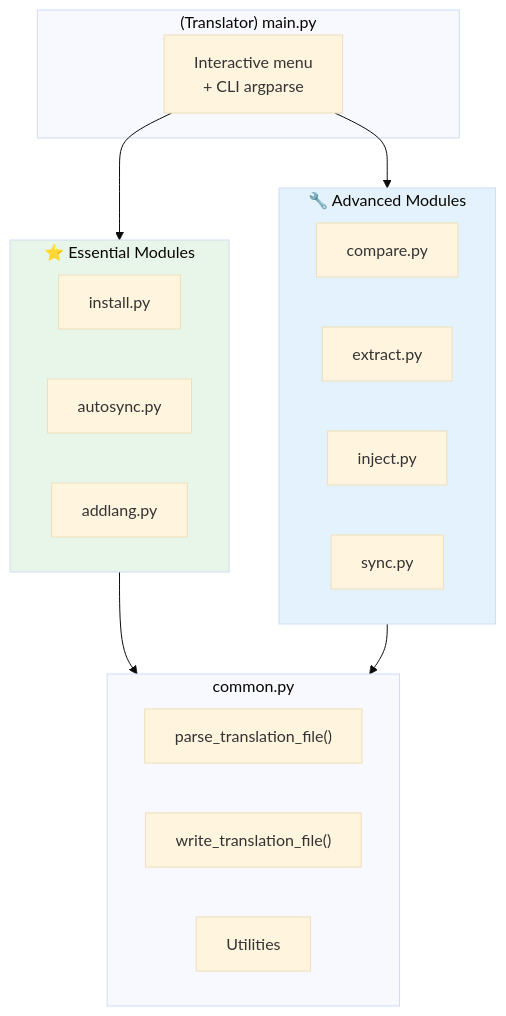
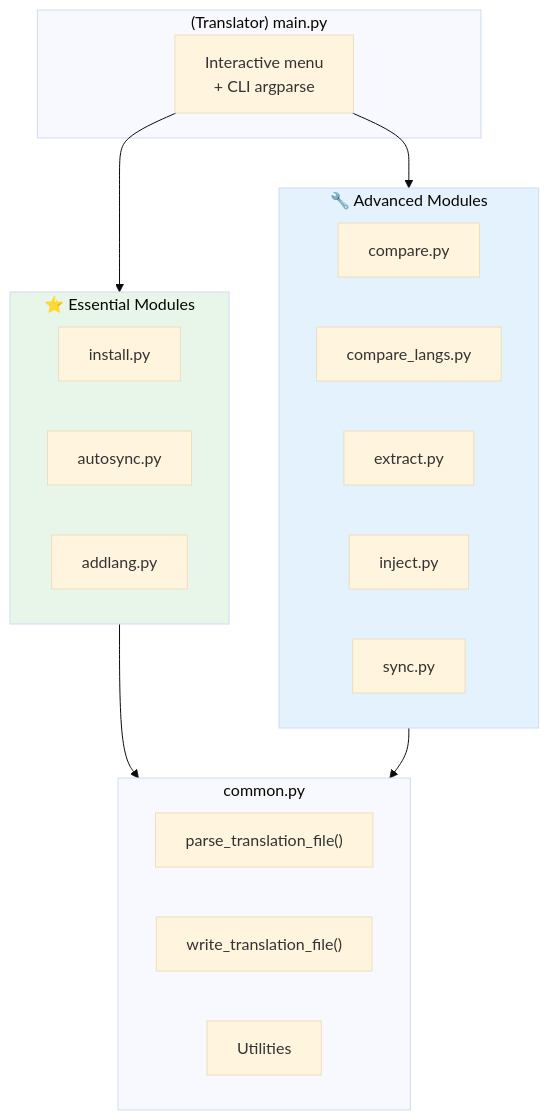
One commit to Gotcha26/Adobe_Lightroom_Translation_Plugins_Kit changed the third of 10 diagrams in tools/translator/__doc__/en/Translator_en.md. Above: the diagram before and after it, drawn with Mermaid (base theme). The commit also changed other lines of this file and 28 other files, not shown here.

````diff
--- a/tools/translator/__doc__/en/Translator_en.md
+++ b/tools/translator/__doc__/en/Translator_en.md
@@ -123,32 +125,33 @@
 ```mermaid
 flowchart TB
     subgraph Main["(Translator) main.py"]
         M["Interactive menu<br/>+ CLI argparse"]
     end
 
     subgraph Essential["⭐ Essential Modules"]
         I["install.py"]
         AS["autosync.py"]
         AL["addlang.py"]
     end
 
     subgraph Advanced["🔧 Advanced Modules"]
         CO["compare.py"]
+        CL["compare_langs.py"]
         EX["extract.py"]
         IN["inject.py"]
         SY["sync.py"]
     end
 
     subgraph Common["common.py"]
         P["parse_translation_file()"]
         W["write_translation_file()"]
         U["Utilities"]
     end
 
     M --> Essential & Advanced
     Essential --> Common
     Advanced --> Common
 
     style Essential fill:#E8F5E9
     style Advanced fill:#E3F2FD
 ```
````
